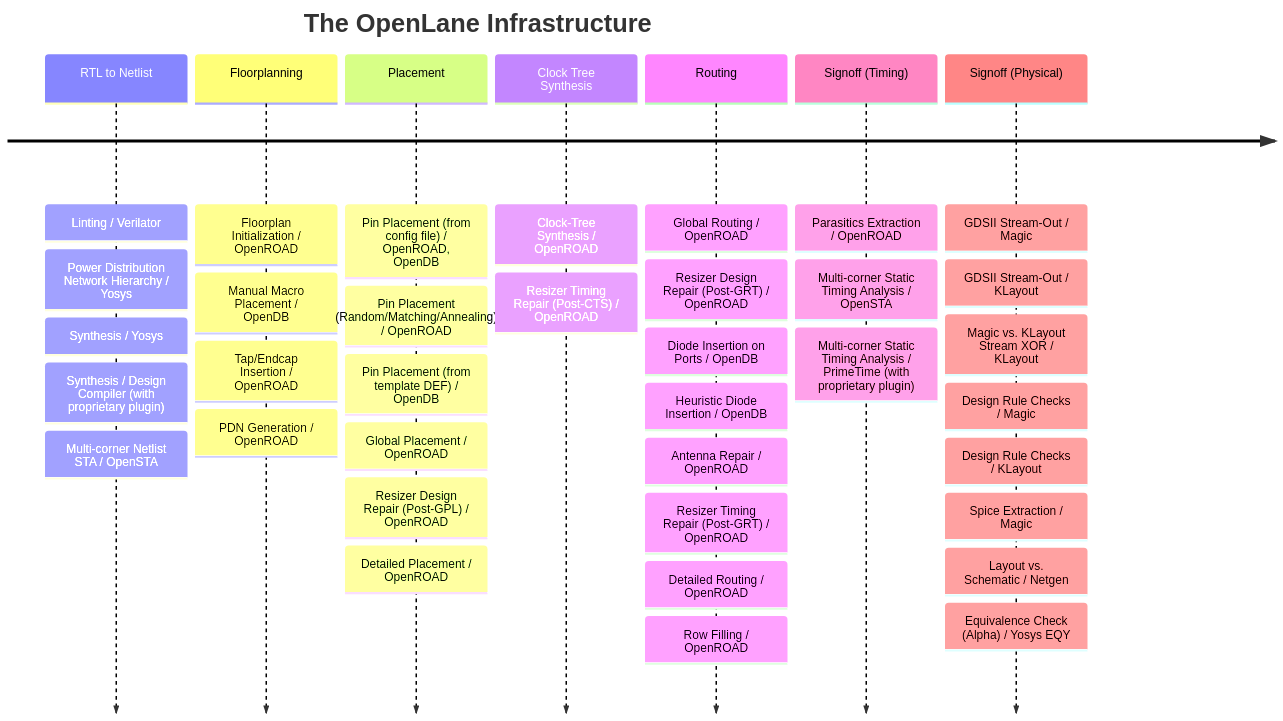
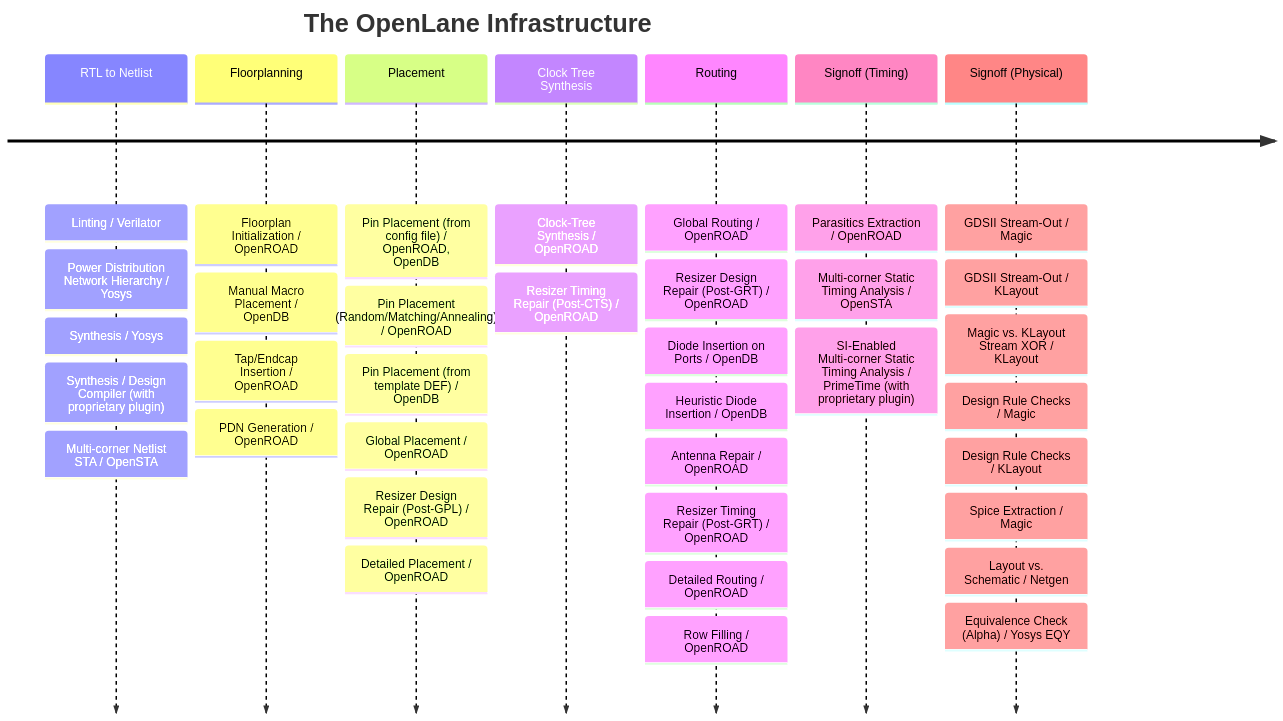
Before and after one commit to efabless/openlane2: the diagram in Readme.md, drawn with Mermaid. The commit also changed other lines of this file and 1 other file, not shown here.

Commit message:
Update Volare and Readme

````diff
--- a/Readme.md
+++ b/Readme.md
@@ -35,47 +35,47 @@
 ```mermaid
 timeline
   title The OpenLane Infrastructure
   RTL to Netlist
     : Linting / Verilator
     : Power Distribution Network Hierarchy / Yosys
     : Synthesis / Yosys
     : Synthesis / Design Compiler (with proprietary plugin)
     : Multi-corner Netlist STA / OpenSTA
   Floorplanning
     : Floorplan Initialization / OpenROAD
     : Manual Macro Placement / OpenDB
     : Tap/Endcap Insertion / OpenROAD
     : PDN Generation / OpenROAD
   Placement
     : Pin Placement (from config file) / OpenROAD, OpenDB
     : Pin Placement (Random/Matching/Annealing) / OpenROAD
     : Pin Placement (from template DEF) / OpenDB
     : Global Placement / OpenROAD
     : Resizer Design Repair (Post-GPL) / OpenROAD
     : Detailed Placement / OpenROAD
   Clock Tree Synthesis
     : Clock-Tree Synthesis / OpenROAD
     : Resizer Timing Repair (Post-CTS) / OpenROAD
   Routing
     : Global Routing / OpenROAD
     : Resizer Design Repair (Post-GRT) / OpenROAD
     : Diode Insertion on Ports / OpenDB
     : Heuristic Diode Insertion / OpenDB
     : Antenna Repair / OpenROAD
     : Resizer Timing Repair (Post-GRT) / OpenROAD
     : Detailed Routing / OpenROAD
     : Row Filling / OpenROAD
   Signoff (Timing)
     : Parasitics Extraction / OpenROAD
     : Multi-corner Static Timing Analysis / OpenSTA
-    : Multi-corner Static Timing Analysis / PrimeTime (with proprietary plugin)
+    : SI-Enabled Multi-corner Static Timing Analysis / PrimeTime (with proprietary plugin)
   Signoff (Physical)
     : GDSII Stream-Out / Magic
     : GDSII Stream-Out / KLayout
     : Magic vs. KLayout Stream XOR / KLayout
     : Design Rule Checks / Magic
     : Design Rule Checks / KLayout
     : Spice Extraction / Magic
     : Layout vs. Schematic / Netgen
     : Equivalence Check (Alpha) / Yosys EQY
 ```
````
